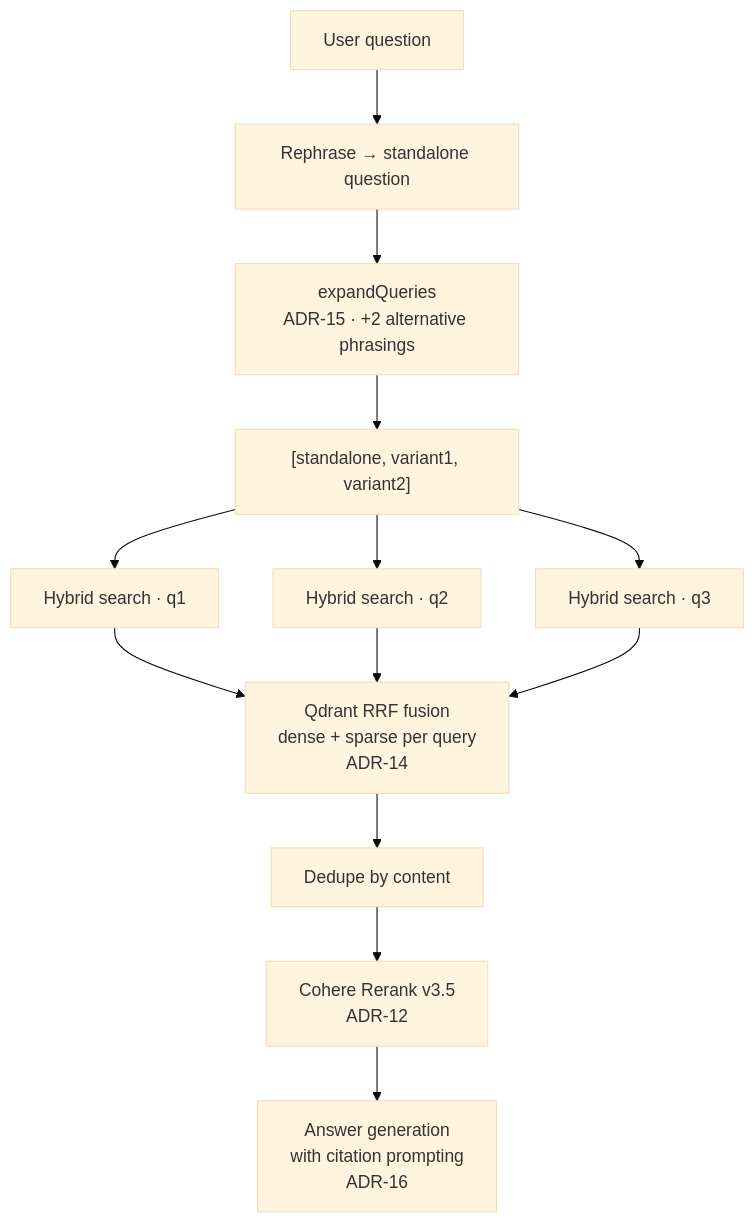
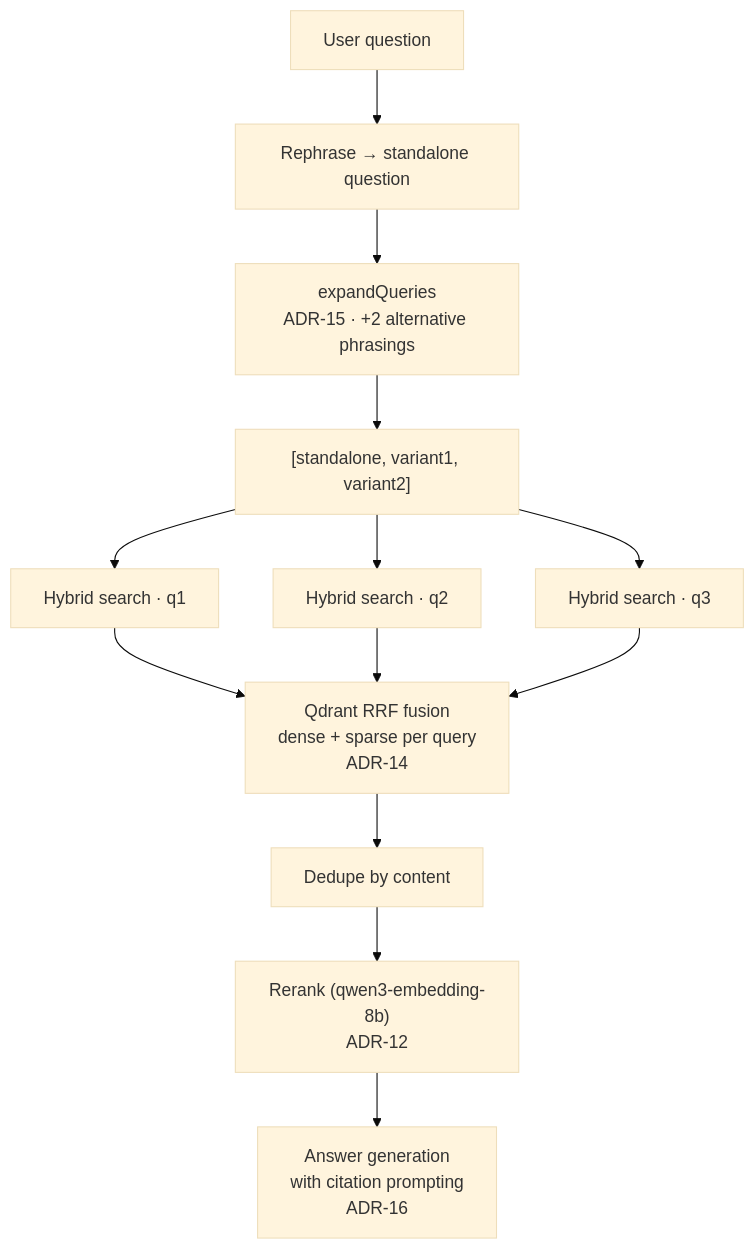
One commit to webamigos/RagenAI changed the second of 4 diagrams in README.md. Above: the diagram before and after it, drawn with Mermaid (base theme). The commit also changed other lines of this file and 12 other files, not shown here.

````diff
--- a/README.md
+++ b/README.md
@@ -204,15 +204,15 @@
 ```mermaid
 flowchart TD
     Q[User question] --> R[Rephrase → standalone question]
     R --> X["expandQueries<br/>ADR-15 · +2 alternative phrasings"]
     X --> P["[standalone, variant1, variant2]"]
     P --> S1[Hybrid search · q1]
     P --> S2[Hybrid search · q2]
     P --> S3[Hybrid search · q3]
     S1 --> D1["Qdrant RRF fusion<br/>dense + sparse per query<br/>ADR-14"]
     S2 --> D1
     S3 --> D1
     D1 --> U[Dedupe by content]
-    U --> RR["Cohere Rerank v3.5<br/>ADR-12"]
+    U --> RR["Rerank (qwen3-embedding-8b)<br/>ADR-12"]
     RR --> G["Answer generation<br/>with citation prompting<br/>ADR-16"]
 ```
````
